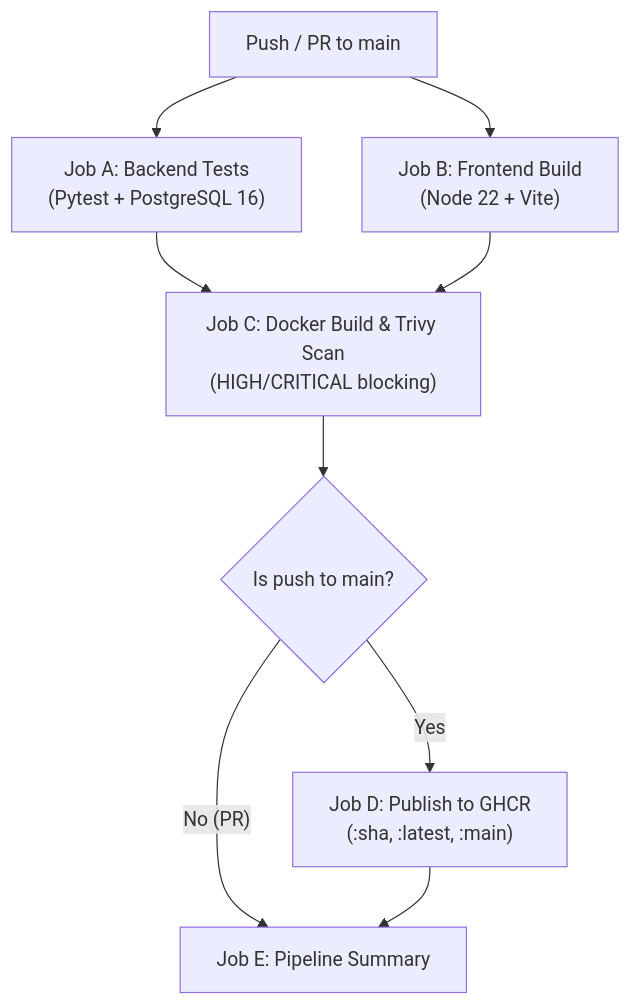
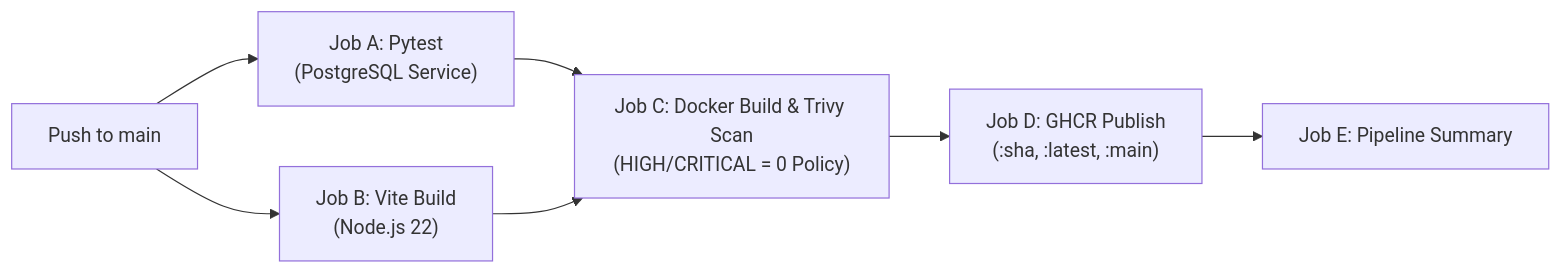
The second of 2 diagrams in README.md (shivansh023023/taskboard-devops-capstone), drawn with Mermaid before and after one commit. The commit also changed other lines of this file and 10 other files, not shown here.

Commit message:
docs(capstone): add final audit, validation report, architecture, demo script, slides, and argocd gitops manifest

````diff
--- a/README.md
+++ b/README.md
@@ -270,11 +180,9 @@
 ```mermaid
-flowchart TD
-    Push["Push / PR to main"] --> Test["Job A: Backend Tests\n(Pytest + PostgreSQL 16)"]
-    Push --> Build["Job B: Frontend Build\n(Node 22 + Vite)"]
-    Test --> Scan["Job C: Docker Build & Trivy Scan\n(HIGH/CRITICAL blocking)"]
-    Build --> Scan
-    Scan --> PushCheck{"Is push to main?"}
-    PushCheck -- Yes --> GHCR["Job D: Publish to GHCR\n(:sha, :latest, :main)"]
-    PushCheck -- No (PR) --> Summary["Job E: Pipeline Summary"]
-    GHCR --> Summary
+flowchart LR
+    Push["Push to main"] --> JobA["Job A: Pytest\n(PostgreSQL Service)"]
+    Push --> JobB["Job B: Vite Build\n(Node.js 22)"]
+    JobA --> JobC["Job C: Docker Build & Trivy Scan\n(HIGH/CRITICAL = 0 Policy)"]
+    JobB --> JobC
+    JobC --> JobD["Job D: GHCR Publish\n(:sha, :latest, :main)"]
+    JobD --> JobE["Job E: Pipeline Summary"]
 ```
````
